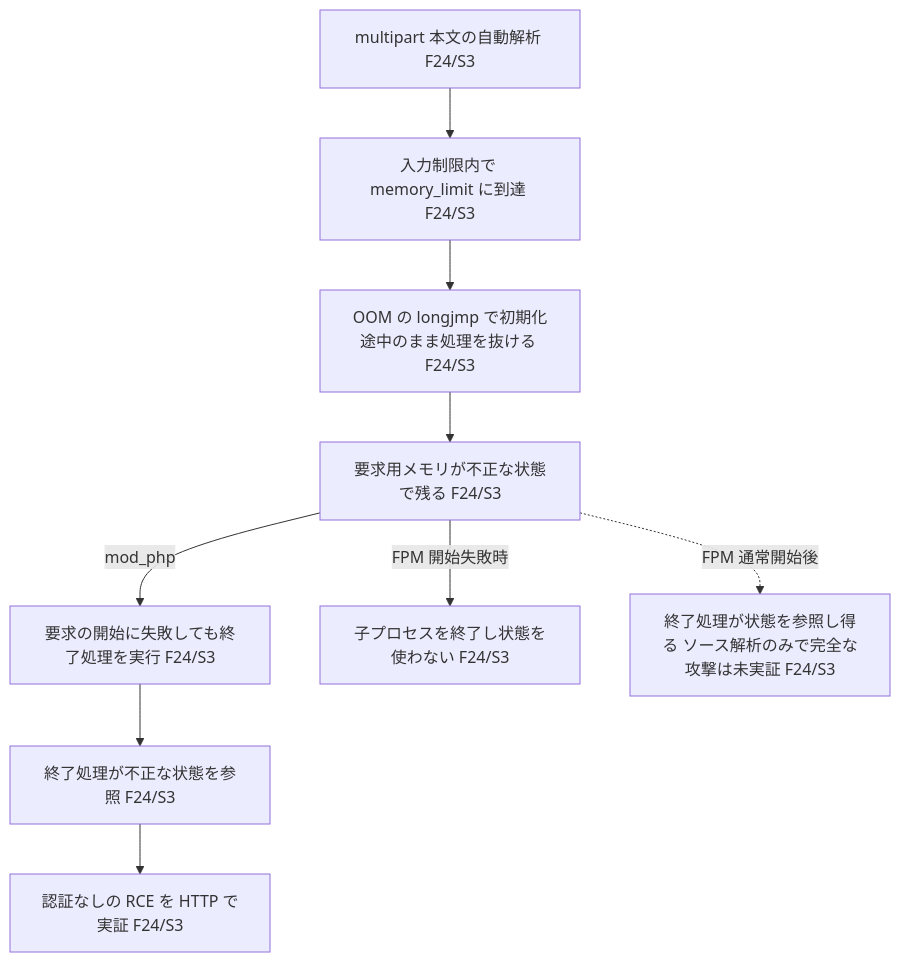
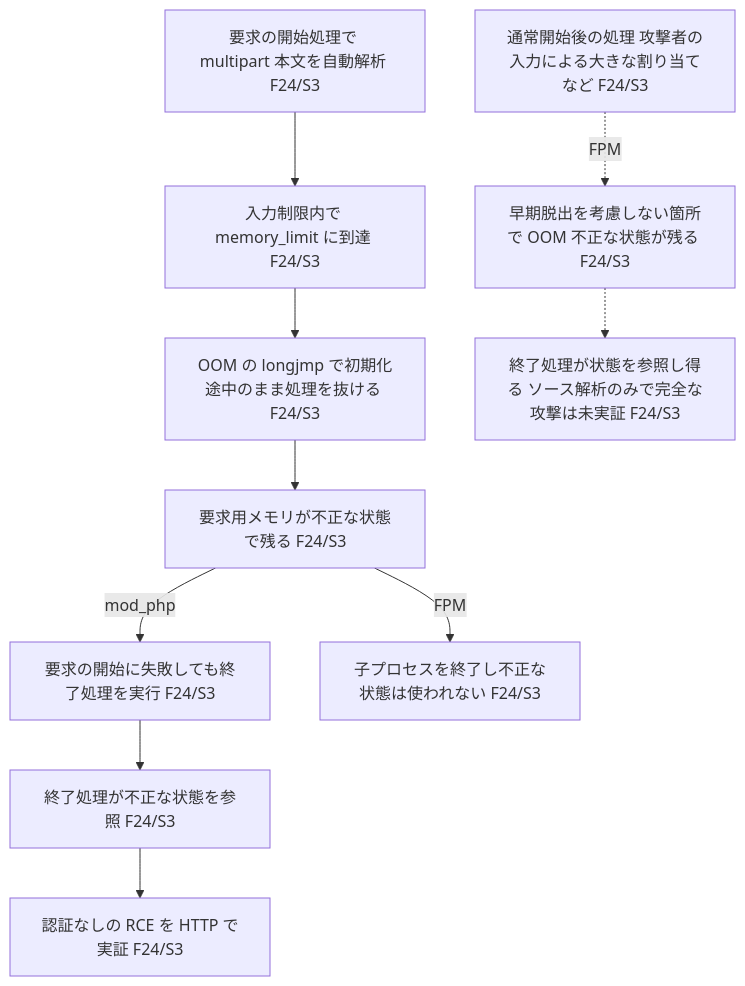
Before and after one commit to hidetzu/vulnograph: the diagram in examples/CVE-2026-109618/diagram.mmd, drawn with Mermaid. The commit also changed 6 other files, not shown here.

First line of the commit message:
fix(examples): separate FPM post-startup path from the startup OOM path

```diff
--- a/examples/CVE-2026-109618/diagram.mmd
+++ b/examples/CVE-2026-109618/diagram.mmd
@@ -1,9 +1,10 @@
 flowchart TD
-  A["multipart 本文の自動解析 F24/S3"] --> B["入力制限内で memory_limit に到達 F24/S3"]
+  A["要求の開始処理で multipart 本文を自動解析 F24/S3"] --> B["入力制限内で memory_limit に到達 F24/S3"]
   B --> C["OOM の longjmp で初期化途中のまま処理を抜ける F24/S3"]
   C --> D["要求用メモリが不正な状態で残る F24/S3"]
   D -->|mod_php| E["要求の開始に失敗しても終了処理を実行 F24/S3"]
   E --> F["終了処理が不正な状態を参照 F24/S3"]
   F --> G["認証なしの RCE を HTTP で実証 F24/S3"]
-  D -->|FPM 開始失敗時| H["子プロセスを終了し状態を使わない F24/S3"]
-  D -.->|FPM 通常開始後| I["終了処理が状態を参照し得る ソース解析のみで完全な攻撃は未実証 F24/S3"]
+  D -->|FPM| H["子プロセスを終了し不正な状態は使われない F24/S3"]
+  J["通常開始後の処理 攻撃者の入力による大きな割り当てなど F24/S3"] -.->|FPM| K["早期脱出を考慮しない箇所で OOM 不正な状態が残る F24/S3"]
+  K -.-> L["終了処理が状態を参照し得る ソース解析のみで完全な攻撃は未実証 F24/S3"]
```
